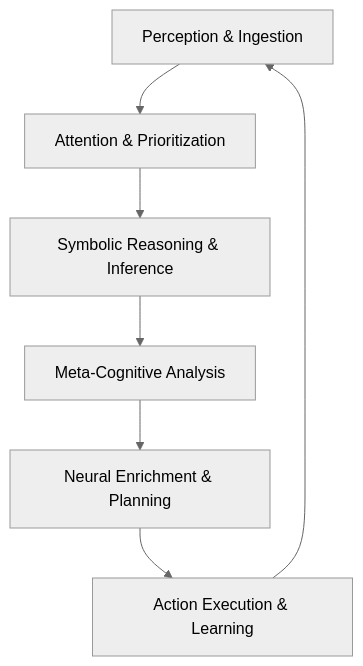
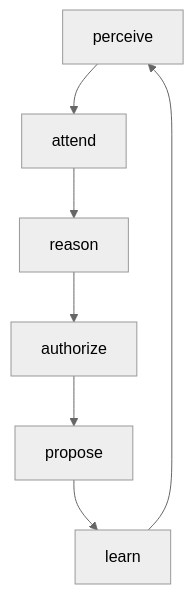
One commit to autonull/senars12 changed the diagram in docs/intro/conceptual-overview.md. Above: the diagram before and after it, drawn with Mermaid (neutral theme). The commit also changed other lines of this file and 79 other files, not shown here.

````diff
--- a/docs/intro/conceptual-overview.md
+++ b/docs/intro/conceptual-overview.md
@@ -149,9 +149,9 @@
 ```mermaid
 flowchart TD
-    A[Perception & Ingestion] --> B[Attention & Prioritization]
-    B --> C[Symbolic Reasoning & Inference]
-    C --> D[Meta-Cognitive Analysis]
-    D --> E[Neural Enrichment & Planning]
-    E --> F[Action Execution & Learning]
+    A[perceive] --> B[attend]
+    B --> C[reason]
+    C --> D[authorize]
+    D --> E[propose]
+    E --> F[learn]
     F --> A
 ```
````
